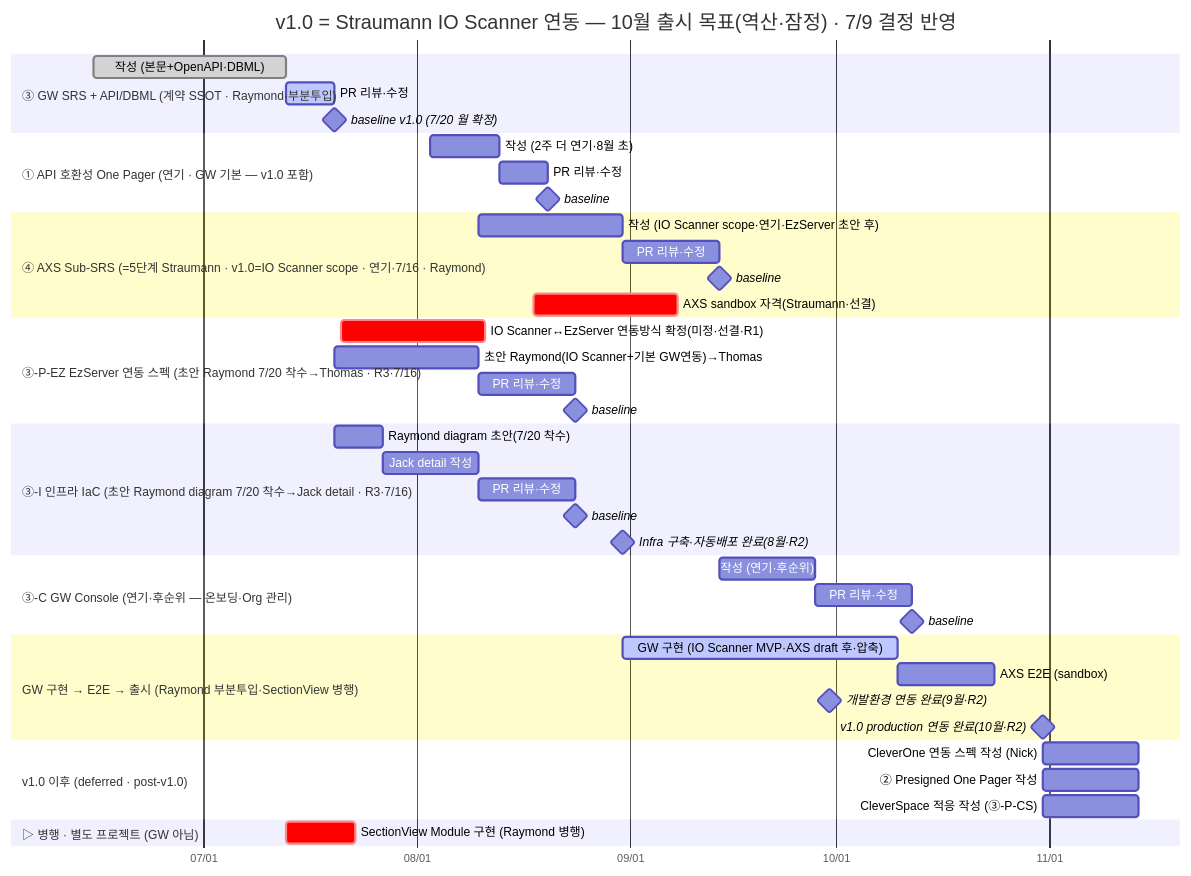
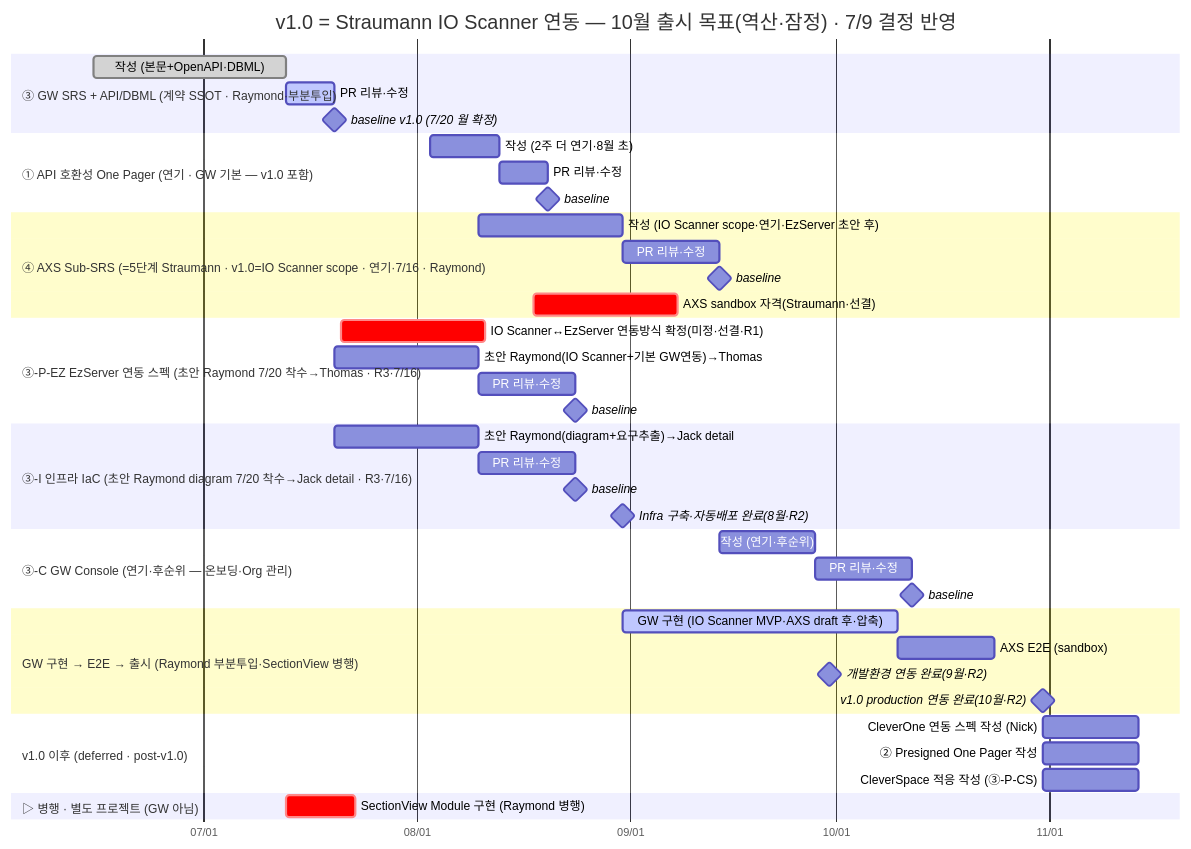
One commit to gracegyu/scp-architecture changed the eighth of 8 diagrams in docs/VT_API_Gateway/08.VT_API_Gateway/주간회의-Agenda.md. Above: the diagram before and after it, drawn with Mermaid.

Commit message:
docs(주간회의): 인프라 IaC 일정 및 세부사항 조정
초안 Raymond 다이어그램과 Jack detail 작성 일정이 통합되어 7/20로 조정되었으며, PR 리뷰 일정도 업데이트되었습니다. 이를 통해 인프라 구축 및 자동배포 계획을 명확히 하였습니다.

````diff
--- a/docs/VT_API_Gateway/08.VT_API_Gateway/주간회의-Agenda.md
+++ b/docs/VT_API_Gateway/08.VT_API_Gateway/주간회의-Agenda.md
@@ -945,55 +945,54 @@
     ```mermaid
     gantt
         title v1.0 = Straumann IO Scanner 연동 — 10월 출시 목표(역산·잠정) · 7/9 결정 반영
         dateFormat YYYY-MM-DD
         axisFormat %m/%d
         todayMarker stroke-width:3px,stroke:#d33,opacity:0.6
 
         section ③ GW SRS + API/DBML (계약 SSOT · Raymond·부분투입)
         작성 (본문+OpenAPI·DBML)       :done, srsw, 2026-06-15, 28d
         PR 리뷰·수정                  :active, srspr, 2026-07-13, 2026-07-20
         baseline v1.0 (7/20 월 확정)     :milestone, srsbl, after srspr, 0d
 
         section ① API 호환성 One Pager (연기 · GW 기본 — v1.0 포함)
         작성 (2주 더 연기·8월 초)       :op1w, 2026-08-03, 10d
         PR 리뷰·수정                  :op1pr, after op1w, 7d
         baseline                      :milestone, op1bl, after op1pr, 0d
 
         section ④ AXS Sub-SRS (=5단계 Straumann · v1.0=IO Scanner scope · 연기·7/16 · Raymond)
         작성 (IO Scanner scope·연기·EzServer 초안 후) :axsw, after ezw, 21d
         PR 리뷰·수정                  :axspr, after axsw, 14d
         baseline                      :milestone, axsbl, after axspr, 0d
         AXS sandbox 자격(Straumann·선결) :crit, cred, 2026-08-18, 21d
 
         section ③-P-EZ EzServer 연동 스펙 (초안 Raymond 7/20 착수→Thomas · R3·7/16)
         IO Scanner↔EzServer 연동방식 확정(미정·선결·R1) :crit, ezm, 2026-07-21, 21d
         초안 Raymond(IO Scanner+기본 GW연동)→Thomas :ezw, 2026-07-20, 21d
         PR 리뷰·수정                  :ezpr, after ezw, 14d
         baseline                      :milestone, ezbl, after ezpr, 0d
 
         section ③-I 인프라 IaC (초안 Raymond diagram 7/20 착수→Jack detail · R3·7/16)
-        Raymond diagram 초안(7/20 착수)  :infw1, 2026-07-20, 7d
-        Jack detail 작성               :infw2, after infw1, 14d
-        PR 리뷰·수정                  :infpr, after infw2, 14d
+        초안 Raymond(diagram+요구추출)→Jack detail :infw, 2026-07-20, 21d
+        PR 리뷰·수정                  :infpr, after infw, 14d
         baseline                      :milestone, infbl, after infpr, 0d
         Infra 구축·자동배포 완료(8월·R2) :milestone, infra8, 2026-08-31, 0d
 
         section ③-C GW Console (연기·후순위 — 온보딩·Org 관리)
         작성 (연기·후순위)              :conw, after axsbl, 14d
         PR 리뷰·수정                  :conpr, after conw, 14d
         baseline                      :milestone, conbl, after conpr, 0d
 
         section GW 구현 → E2E → 출시 (Raymond 부분투입·SectionView 병행)
         GW 구현 (IO Scanner MVP·AXS draft 후·압축) :active, impl, after axsw, 40d
         AXS E2E (sandbox)              :e2e, after impl, 14d
         개발환경 연동 완료(9월·R2)       :milestone, dev9, 2026-09-30, 0d
         v1.0 production 연동 완료(10월·R2) :milestone, rel, 2026-10-31, 0d
 
         section v1.0 이후 (deferred · post-v1.0)
         CleverOne 연동 스펙 작성 (Nick) :codef, after rel, 14d
         ② Presigned One Pager 작성     :pdef, after rel, 14d
         CleverSpace 적응 작성 (③-P-CS)  :csdef, after rel, 14d
 
         section ▷ 병행 · 별도 프로젝트 (GW 아님)
         SectionView Module 구현 (Raymond 병행) :crit, sv, 2026-07-13, 2026-07-23
     ```
````
